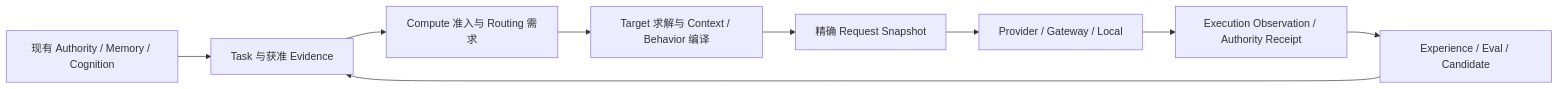
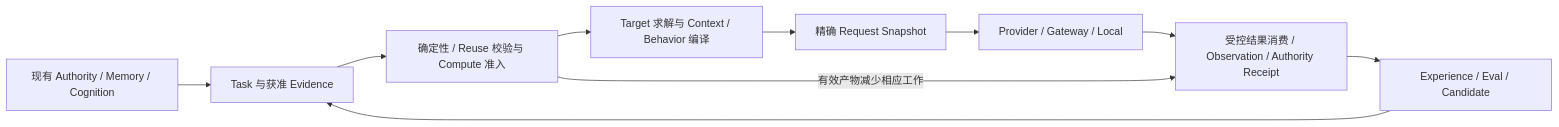
Before and after one commit to ZZZdragondYNGPHX/Atria: the diagram in plans/architecture/agent-intelligence-runtime/architecture.md, drawn with Mermaid. The commit also changed other lines of this file and 10 other files, not shown here.

Commit message:
docs(agent-intelligence): integrate execution reuse and cache locality

````diff
--- a/plans/architecture/agent-intelligence-runtime/architecture.md
+++ b/plans/architecture/agent-intelligence-runtime/architecture.md
@@ -21,11 +21,12 @@
 ```mermaid
 flowchart LR
   A[现有 Authority / Memory / Cognition] --> B[Task 与获准 Evidence]
-  B --> C[Compute 准入与 Routing 需求]
+  B --> C[确定性 / Reuse 校验与 Compute 准入]
   C --> D[Target 求解与 Context / Behavior 编译]
   D --> E[精确 Request Snapshot]
   E --> F[Provider / Gateway / Local]
-  F --> G[Execution Observation / Authority Receipt]
+  F --> G[受控结果消费 / Observation / Authority Receipt]
+  C -->|有效产物减少相应工作| G
   G --> H[Experience / Eval / Candidate]
   H --> B
 ```
````
